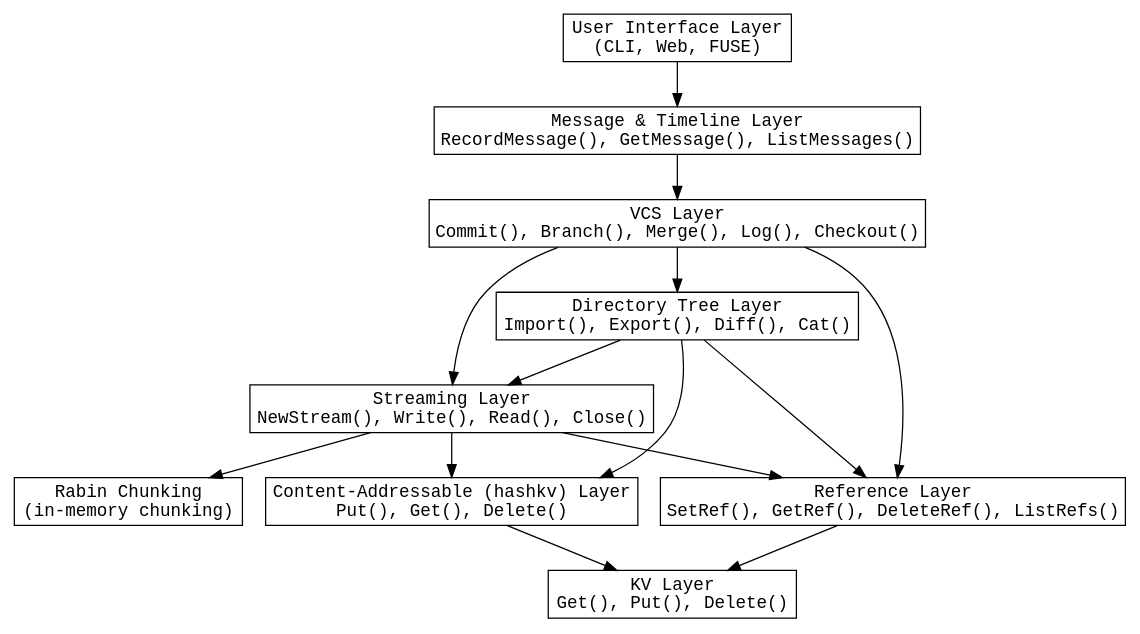
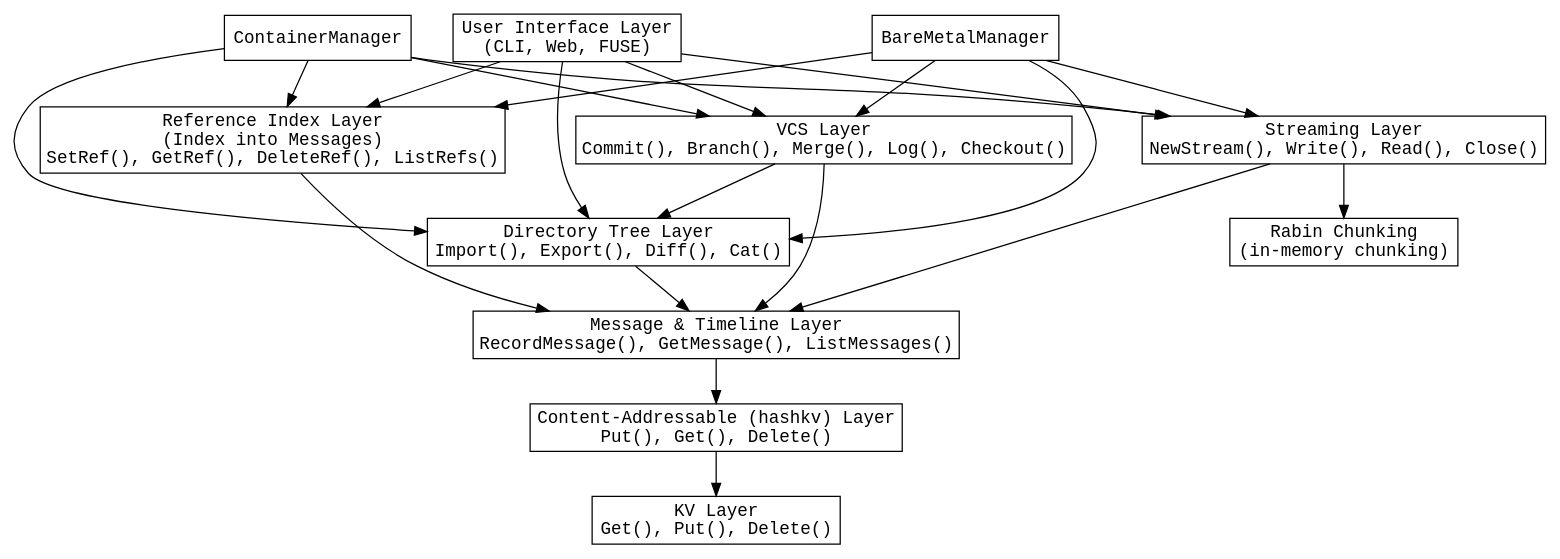
The diagram in x/layers.dot (stevegt/promisebase), drawn with Graphviz before and after one commit. The commit also changed other lines of this file and 1 other file, not shown here.

Commit message:
Update layers.dot for message-centric call flow
• x/layers.dot:
  - Change call flow: UI now calls VCS, DirTree, Stream, and Refs.
  - Rewire dependencies so upper layers call MsgTimeline.
  - Route MsgTimeline to call HashKV and then KV.
  - Update Refs label to indicate it indexes into Messages.
  - Include ContainerManager and BareMetalManager in the new call chain.

```diff
--- a/x/layers.dot
+++ b/x/layers.dot
@@ -1,33 +1,51 @@
 /* This graph illustrates the layered architecture for
-Promisebase. Each node represents a module or layer and edges
-indicate dependencies as specified in layers.md. */
+Promisebase with "everything's a message" call flow.
+Each node represents a module or layer and edges
+indicate call dependencies. */
 digraph Layers {
   rankdir=TB;
   node [shape=box, style=filled, fillcolor=white,
     fontname="monospace"];
 
   UI [label="User Interface Layer\n(CLI, Web, FUSE)"];
   MsgTimeline [label="Message & Timeline Layer\nRecordMessage(), GetMessage(), ListMessages()"];
   VCS [label="VCS Layer\nCommit(), Branch(), Merge(), Log(), Checkout()"];
   DirTree [label="Directory Tree Layer\nImport(), Export(), Diff(), Cat()"];
   Stream [label="Streaming Layer\nNewStream(), Write(), Read(), Close()"];
-  Refs [label="Reference Layer\nSetRef(), GetRef(), DeleteRef(), ListRefs()"];
+  Refs [label="Reference Index Layer\n(Index into Messages)\nSetRef(), GetRef(), DeleteRef(), ListRefs()"];
   HashKV [label="Content-Addressable (hashkv) Layer\nPut(), Get(), Delete()"];
   KV [label="KV Layer\nGet(), Put(), Delete()"];
   Rabin [label="Rabin Chunking\n(in-memory chunking)"];
 
-  // Dependencies from layers.md
-  UI -> MsgTimeline;
-  MsgTimeline -> VCS;
+  // New call flow: UI → [VCS, DirTree, Stream, Refs] → Message → HashKV → KV
+  UI -> VCS;
+  UI -> DirTree;
+  UI -> Stream;
+  UI -> Refs;
+  
+  VCS -> MsgTimeline;
   VCS -> DirTree;
-  VCS -> Stream;
-  VCS -> Refs;
-  DirTree -> HashKV;
-  DirTree -> Refs;
-  DirTree -> Stream;
-  Stream -> HashKV;
-  Stream -> Refs;
+  DirTree -> MsgTimeline;
+  Stream -> MsgTimeline;
+  Refs -> MsgTimeline;
+  
+  MsgTimeline -> HashKV;
+  HashKV -> KV;
+  
+  // Stream still uses Rabin for chunking
   Stream -> Rabin;
-  HashKV -> KV;
-  Refs -> KV;
+
+  // ContainerManager is a k8s replacement
+  ContainerManager -> VCS;
+  ContainerManager -> DirTree;
+  ContainerManager -> Stream;
+  ContainerManager -> Refs;
+
+  // BareMetalManager is a replacement for legacy DevOps tools
+  BareMetalManager -> VCS;
+  BareMetalManager -> DirTree;
+  BareMetalManager -> Stream;
+  BareMetalManager -> Refs;
+
+
 }
```
